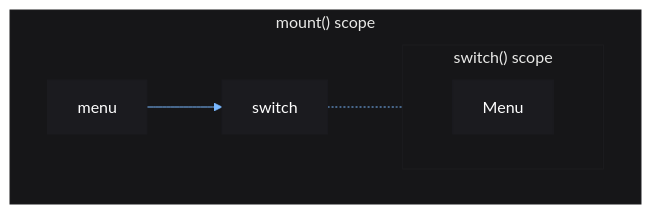
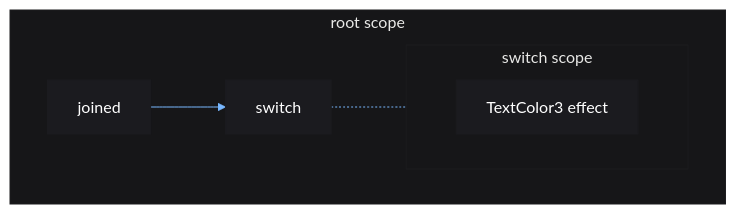
The first of 2 diagrams in docs/tut/crash-course/11-control-flow.md (centau/vide), drawn with Mermaid before and after one commit. The commit also changed other lines of this file and 12 other files, not shown here.

````diff
--- a/docs/tut/crash-course/11-control-flow.md
+++ b/docs/tut/crash-course/11-control-flow.md
@@ -152,25 +70,25 @@
 ```mermaid
 %%{init: {
     "theme": "base",
     "themeVariables": {
         "primaryColor": "#1B1B1F",
         "primaryTextColor": "#fff",
         "primaryBorderColor": "#1B1B1F",
         "lineColor": "#79B8FF",
         "tertiaryColor": "#161618",
         "tertiaryBorderColor": "#1C1C1F"
     }
 }}%%
 
 graph
 
-subgraph root["mount() scope"]
+subgraph root["root scope"]
     direction LR
-    menu --> switch -.- subroot
+    joined --> switch -.- subroot
 
-    subgraph subroot["switch() scope"]
+    subgraph subroot["switch scope"]
         direction LR
-        Menu
+        effect["TextColor3 effect"]
     end
 end
 ```
````
